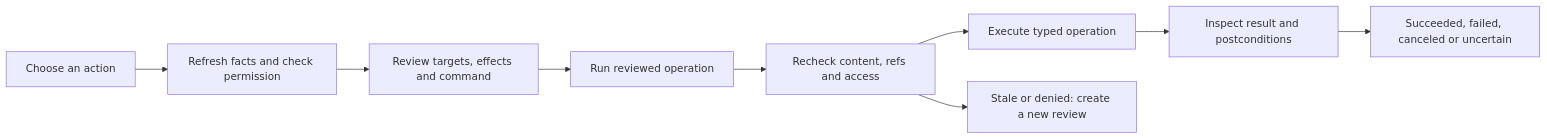
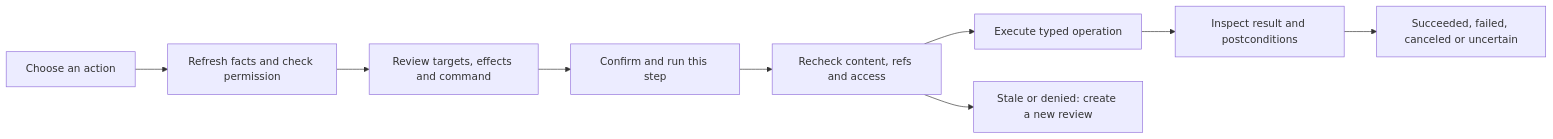
The second of 2 diagrams in docs/functional-documentation.md (abhranilp1998/GitCompass), drawn with Mermaid before and after one commit. The commit also changed other lines of this file and 7 other files, not shown here.

````diff
--- a/docs/functional-documentation.md
+++ b/docs/functional-documentation.md
@@ -298,11 +298,11 @@
 ```mermaid
 flowchart LR
     A["Choose an action"] --> B["Refresh facts and check permission"]
     B --> C["Review targets, effects and command"]
-    C --> D["Run reviewed operation"]
+    C --> D["Confirm and run this step"]
     D --> E["Recheck content, refs and access"]
     E --> F["Execute typed operation"]
     F --> G["Inspect result and postconditions"]
     E --> H["Stale or denied: create a new review"]
     G --> I["Succeeded, failed, canceled or uncertain"]
 ```
````
